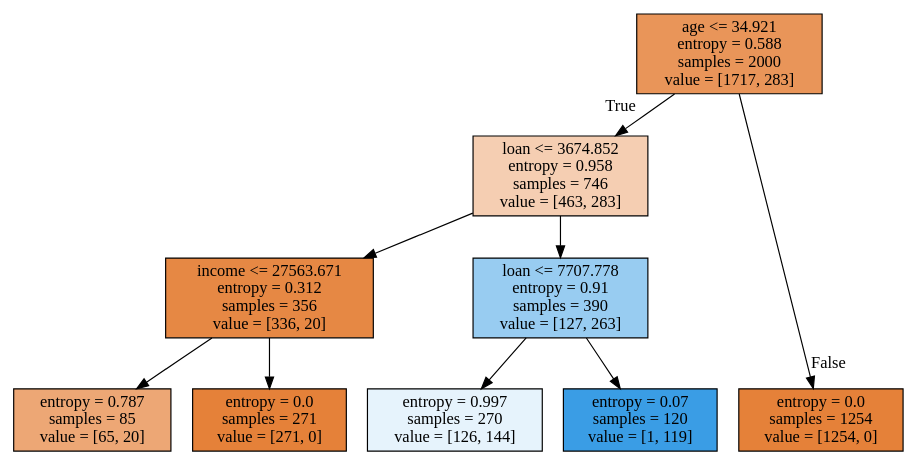
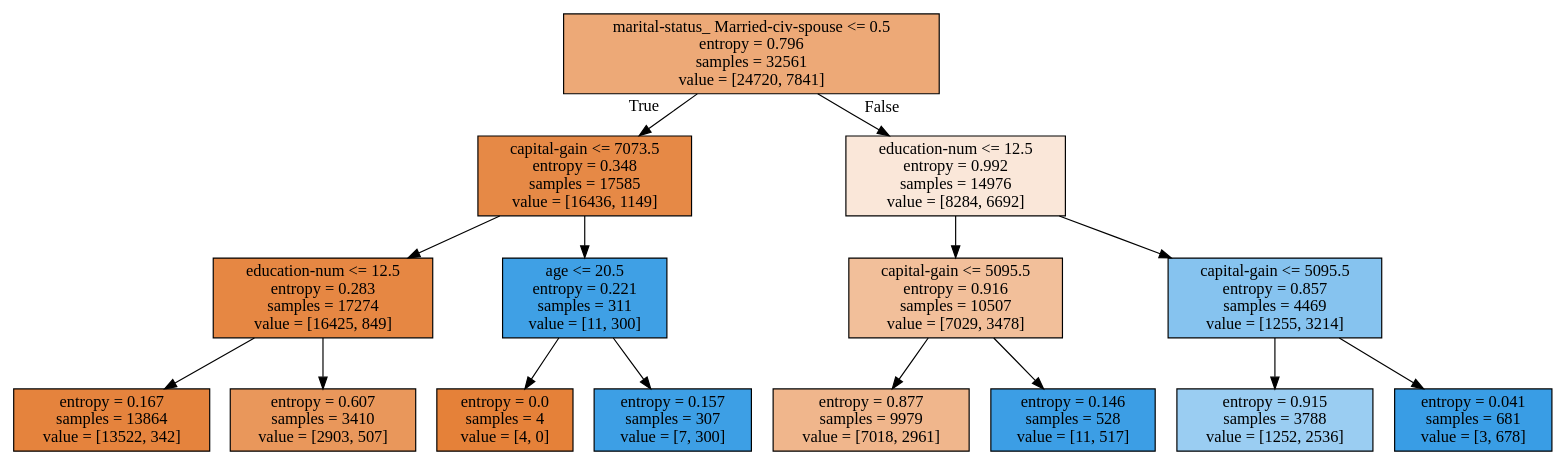
The diagram in teste.dot (guyrux/udemy_ML_AZ), drawn with Graphviz before and after one commit. The commit also changed 30 other files, not shown here.

```diff
--- a/teste.dot
+++ b/teste.dot
@@ -1,25 +1,37 @@
 digraph Tree {
 node [shape=box, style="filled", color="black"] ;
 graph [ranksep=equally, splines=polyline] ;
-0 [label="age <= 34.921\nentropy = 0.588\nsamples = 2000\nvalue = [1717, 283]", fillcolor="#e58139d5"] ;
-1 [label="loan <= 3674.852\nentropy = 0.958\nsamples = 746\nvalue = [463, 283]", fillcolor="#e5813963"] ;
+0 [label="marital-status_ Married-civ-spouse <= 0.5\nentropy = 0.796\nsamples = 32561\nvalue = [24720, 7841]", fillcolor="#e58139ae"] ;
+1 [label="capital-gain <= 7073.5\nentropy = 0.348\nsamples = 17585\nvalue = [16436, 1149]", fillcolor="#e58139ed"] ;
 0 -> 1 [labeldistance=2.5, labelangle=45, headlabel="True"] ;
-2 [label="income <= 27563.671\nentropy = 0.312\nsamples = 356\nvalue = [336, 20]", fillcolor="#e58139f0"] ;
+2 [label="education-num <= 12.5\nentropy = 0.283\nsamples = 17274\nvalue = [16425, 849]", fillcolor="#e58139f2"] ;
 1 -> 2 ;
-3 [label="entropy = 0.787\nsamples = 85\nvalue = [65, 20]", fillcolor="#e58139b1"] ;
+3 [label="entropy = 0.167\nsamples = 13864\nvalue = [13522, 342]", fillcolor="#e58139f9"] ;
 2 -> 3 ;
-4 [label="entropy = 0.0\nsamples = 271\nvalue = [271, 0]", fillcolor="#e58139ff"] ;
+4 [label="entropy = 0.607\nsamples = 3410\nvalue = [2903, 507]", fillcolor="#e58139d2"] ;
 2 -> 4 ;
-5 [label="loan <= 7707.778\nentropy = 0.91\nsamples = 390\nvalue = [127, 263]", fillcolor="#399de584"] ;
+5 [label="age <= 20.5\nentropy = 0.221\nsamples = 311\nvalue = [11, 300]", fillcolor="#399de5f6"] ;
 1 -> 5 ;
-6 [label="entropy = 0.997\nsamples = 270\nvalue = [126, 144]", fillcolor="#399de520"] ;
+6 [label="entropy = 0.0\nsamples = 4\nvalue = [4, 0]", fillcolor="#e58139ff"] ;
 5 -> 6 ;
-7 [label="entropy = 0.07\nsamples = 120\nvalue = [1, 119]", fillcolor="#399de5fd"] ;
+7 [label="entropy = 0.157\nsamples = 307\nvalue = [7, 300]", fillcolor="#399de5f9"] ;
 5 -> 7 ;
-8 [label="entropy = 0.0\nsamples = 1254\nvalue = [1254, 0]", fillcolor="#e58139ff"] ;
+8 [label="education-num <= 12.5\nentropy = 0.992\nsamples = 14976\nvalue = [8284, 6692]", fillcolor="#e5813931"] ;
 0 -> 8 [labeldistance=2.5, labelangle=-45, headlabel="False"] ;
+9 [label="capital-gain <= 5095.5\nentropy = 0.916\nsamples = 10507\nvalue = [7029, 3478]", fillcolor="#e5813981"] ;
+8 -> 9 ;
+10 [label="entropy = 0.877\nsamples = 9979\nvalue = [7018, 2961]", fillcolor="#e5813993"] ;
+9 -> 10 ;
+11 [label="entropy = 0.146\nsamples = 528\nvalue = [11, 517]", fillcolor="#399de5fa"] ;
+9 -> 11 ;
+12 [label="capital-gain <= 5095.5\nentropy = 0.857\nsamples = 4469\nvalue = [1255, 3214]", fillcolor="#399de59b"] ;
+8 -> 12 ;
+13 [label="entropy = 0.915\nsamples = 3788\nvalue = [1252, 2536]", fillcolor="#399de581"] ;
+12 -> 13 ;
+14 [label="entropy = 0.041\nsamples = 681\nvalue = [3, 678]", fillcolor="#399de5fe"] ;
+12 -> 14 ;
 {rank=same ; 0} ;
-{rank=same ; 1} ;
-{rank=same ; 2; 5} ;
-{rank=same ; 3; 4; 6; 7; 8} ;
+{rank=same ; 1; 8} ;
+{rank=same ; 2; 5; 9; 12} ;
+{rank=same ; 3; 4; 6; 7; 10; 11; 13; 14} ;
 }
```
